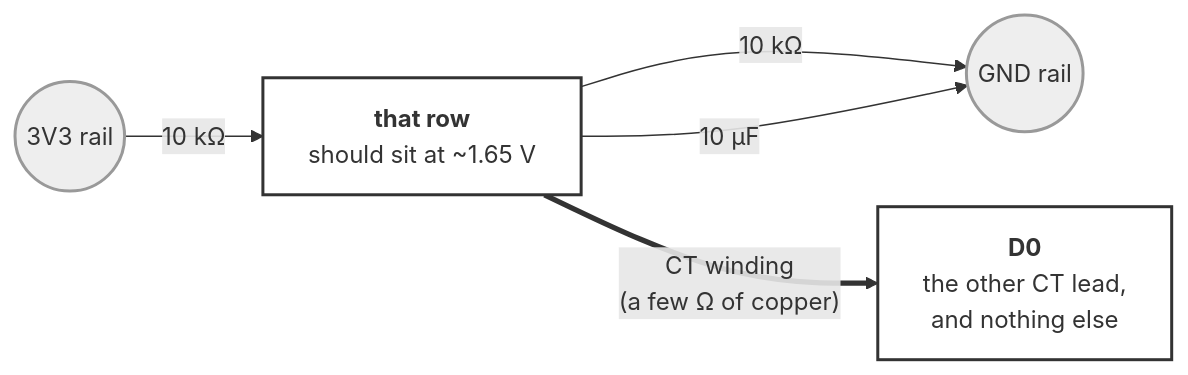
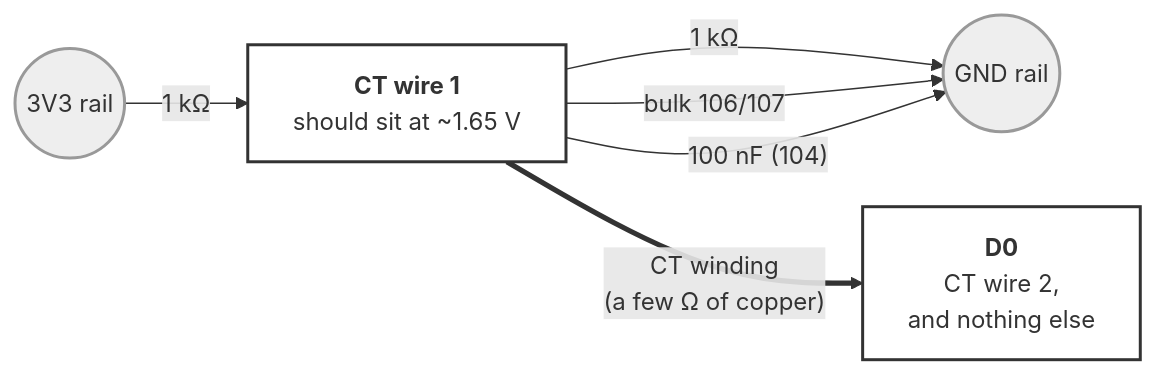
Before and after one commit to jeff-engineers/dustgate: the diagram in firmware/wiring/ct-bench.md, drawn with Mermaid. The commit also changed other lines of this file and 4 other files, not shown here.

````diff
--- a/firmware/wiring/ct-bench.md
+++ b/firmware/wiring/ct-bench.md
@@ -26,10 +26,11 @@
 ```mermaid
 flowchart LR
-  V3(("3V3 rail")):::rail -- "10 kΩ" --> ROW
-  ROW -- "10 kΩ" --> G(("GND rail")):::rail
-  ROW -- "10 µF" --> G
-  ROW["<b>that row</b><br/>should sit at ~1.65 V"]:::node
-  ROW == "CT winding<br/>(a few Ω of copper)" ==> D0["<b>D0</b><br/>the other CT lead,<br/>and nothing else"]:::node
+  V3(("3V3 rail")):::rail -- "1 kΩ" --> ROW
+  ROW -- "1 kΩ" --> G(("GND rail")):::rail
+  ROW -- "bulk 106/107" --> G
+  ROW -- "100 nF (104)" --> G
+  ROW["<b>CT wire 1</b><br/>should sit at ~1.65 V"]:::node
+  ROW == "CT winding<br/>(a few Ω of copper)" ==> D0["<b>D0</b><br/>CT wire 2,<br/>and nothing else"]:::node
   classDef rail fill:#eee,stroke:#999
   classDef node fill:#fff,stroke:#333,stroke-width:2px
 ```
````
